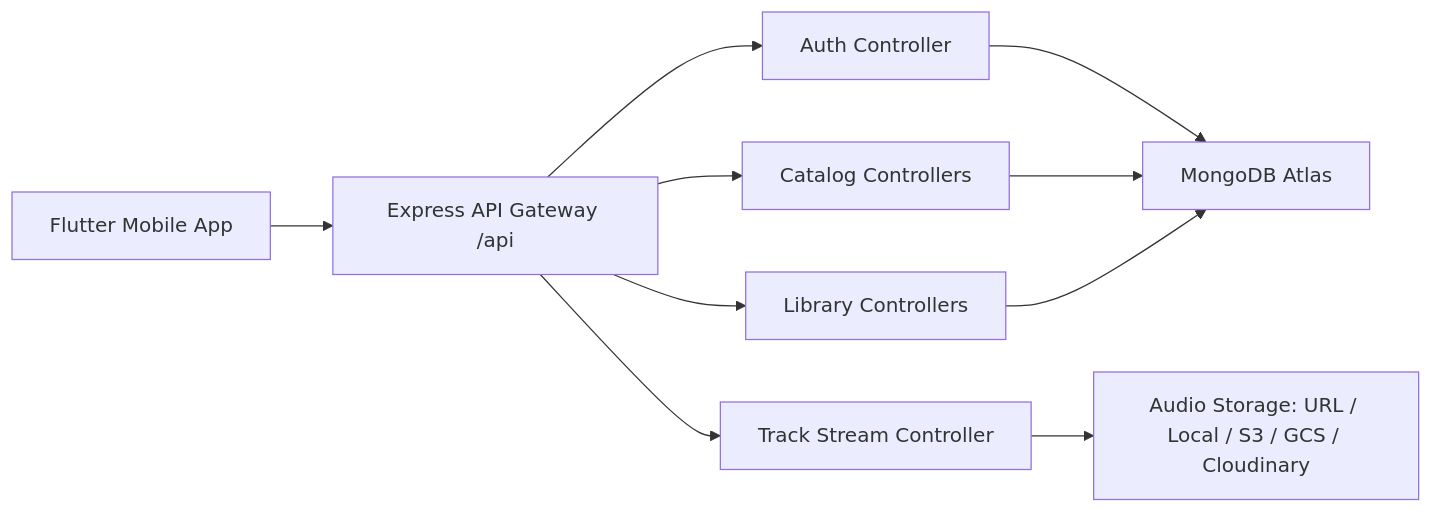
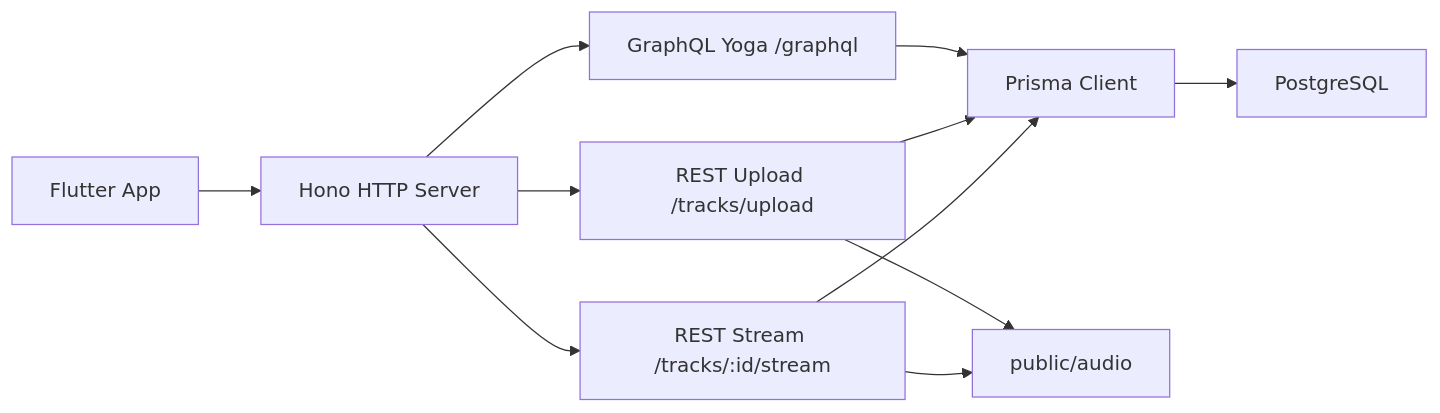
The diagram in docs/BACKEND_REPORT.md (losermuug/audio_stream_backend), drawn with Mermaid before and after one commit. The commit also changed other lines of this file and 61 other files, not shown here.

````diff
--- a/docs/BACKEND_REPORT.md
+++ b/docs/BACKEND_REPORT.md
@@ -31,12 +16,13 @@
 ```mermaid
 flowchart LR
-  Flutter["Flutter Mobile App"] --> API["Express API Gateway /api"]
-  API --> Auth["Auth Controller"]
-  API --> Catalog["Catalog Controllers"]
-  API --> Library["Library Controllers"]
-  API --> Stream["Track Stream Controller"]
-  Auth --> Mongo["MongoDB Atlas"]
-  Catalog --> Mongo
-  Library --> Mongo
-  Stream --> ObjectStorage["Audio Storage: URL / Local / S3 / GCS / Cloudinary"]
+  Flutter["Flutter App"] --> Hono["Hono HTTP Server"]
+  Hono --> Yoga["GraphQL Yoga /graphql"]
+  Hono --> Upload["REST Upload /tracks/upload"]
+  Hono --> Stream["REST Stream /tracks/:id/stream"]
+  Yoga --> Prisma["Prisma Client"]
+  Upload --> Prisma
+  Stream --> Prisma
+  Prisma --> Postgres["PostgreSQL"]
+  Upload --> LocalAudio["public/audio"]
+  Stream --> LocalAudio
 ```
````
